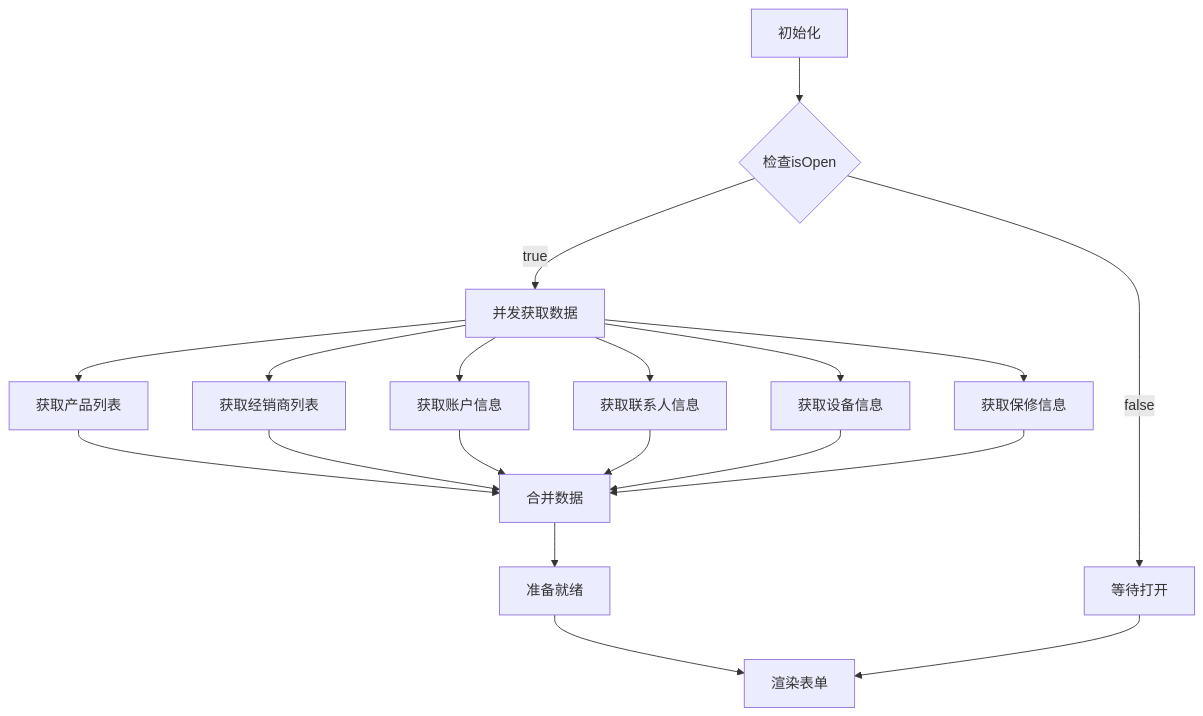
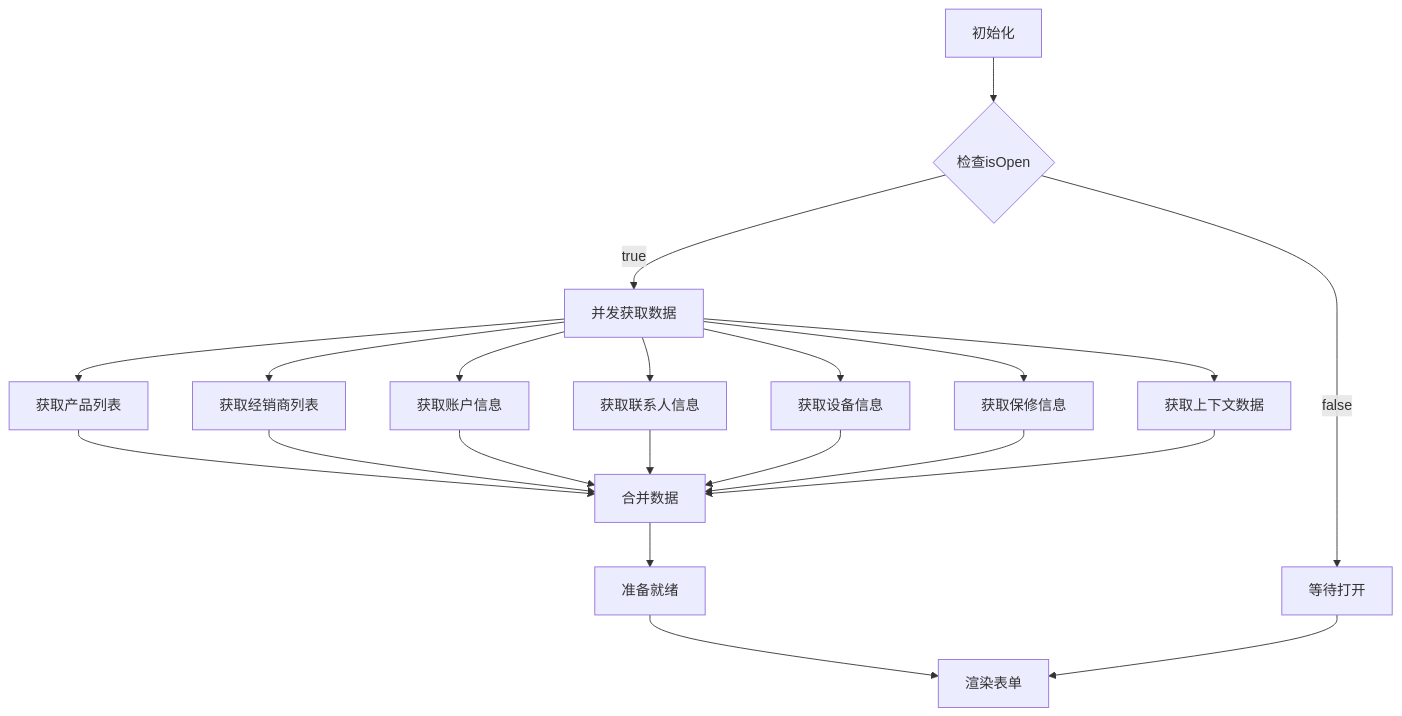
Diagram 37 of 37 in .qoder/repowiki/zh/content/TicketCreationModal 工单创建模态框.md (CubeEdge/Longhorn), drawn with Mermaid before and after one commit. The commit also changed other lines of this file and 28 other files, not shown here.

````diff
--- a/.qoder/repowiki/zh/content/TicketCreationModal 工单创建模态框.md
+++ b/.qoder/repowiki/zh/content/TicketCreationModal 工单创建模态框.md
@@ -1872,21 +2089,23 @@
 ```mermaid
 flowchart TD
 Init[初始化] --> CheckOpen{检查isOpen}
 CheckOpen --> |true| ParallelFetch[并发获取数据]
 CheckOpen --> |false| Wait[等待打开]
 ParallelFetch --> Products[获取产品列表]
 ParallelFetch --> Dealers[获取经销商列表]
 ParallelFetch --> Accounts[获取账户信息]
 ParallelFetch --> Contacts[获取联系人信息]
 ParallelFetch --> DeviceInfo[获取设备信息]
 ParallelFetch --> WarrantyInfo[获取保修信息]
+ParallelFetch --> ContextData[获取上下文数据]
 Products --> Combine[合并数据]
 Dealers --> Combine
 Accounts --> Combine
 Contacts --> Combine
 DeviceInfo --> Combine
 WarrantyInfo --> Combine
+ContextData --> Combine
 Combine --> Ready[准备就绪]
 Ready --> Render[渲染表单]
 Wait --> Render
 ```
````
